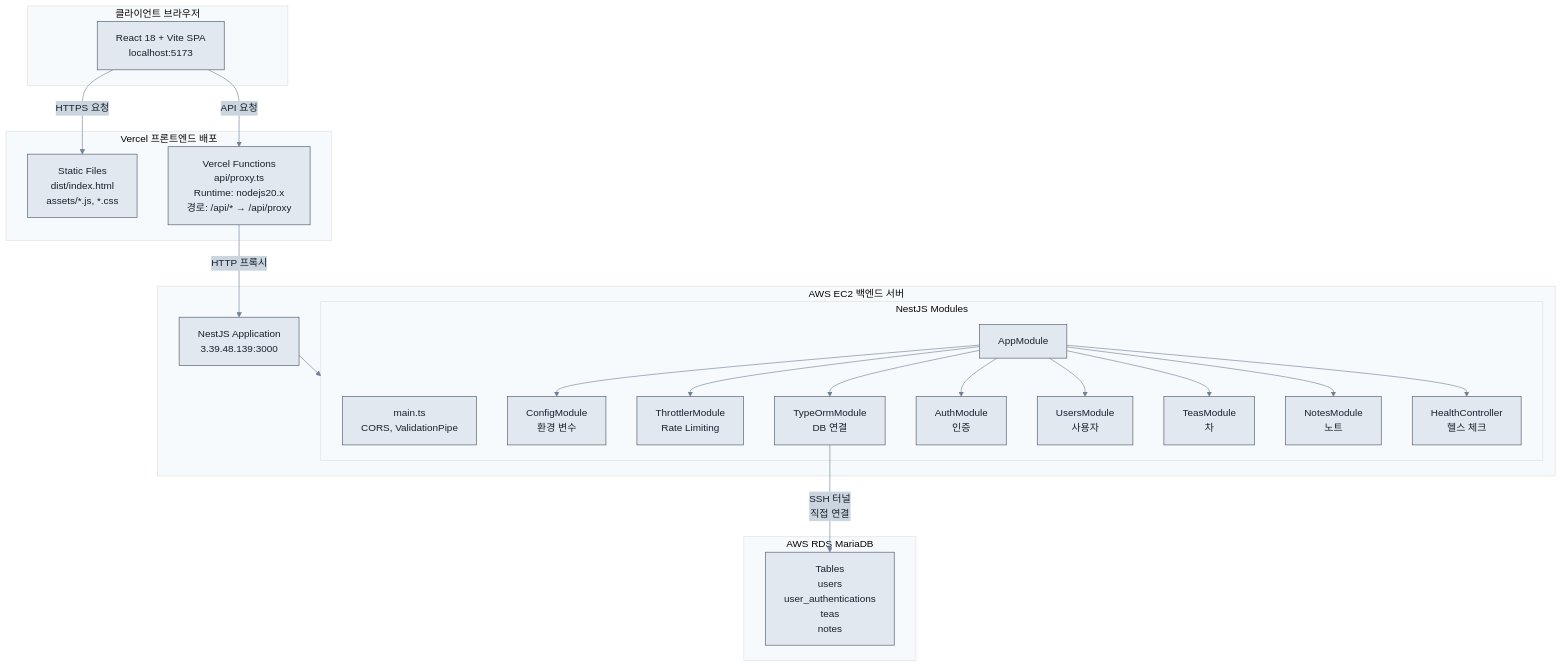
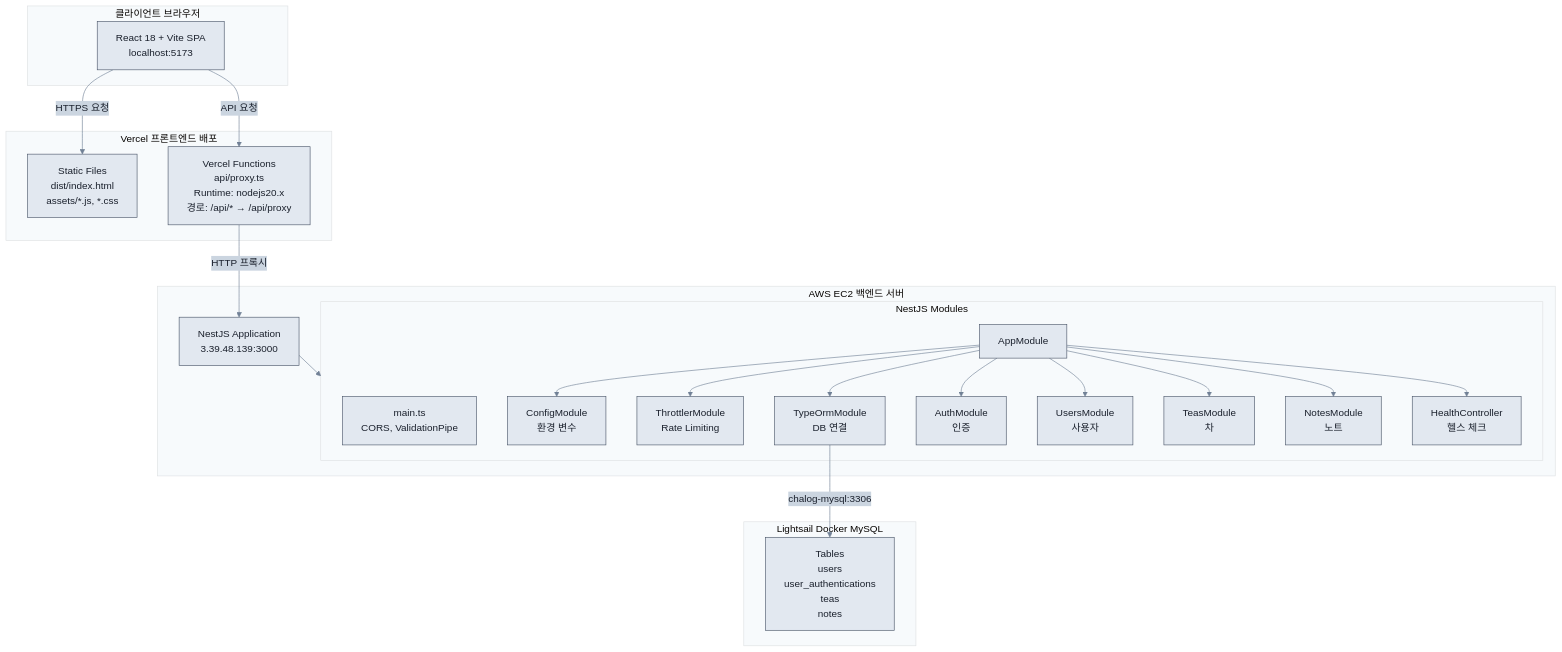
Before and after one commit to FLYLIKEB/ChaLog: the first of 11 diagrams in docs/architecture/SERVER_ARCHITECTURE.md, drawn with Mermaid. The commit also changed other lines of this file and 23 other files, not shown here.

First line of the commit message:
chore: Docker MySQL 로컬 DB 환경 설정 및 인프라 문서 업데이트

````diff
--- a/docs/architecture/SERVER_ARCHITECTURE.md
+++ b/docs/architecture/SERVER_ARCHITECTURE.md
@@ -19,47 +19,47 @@
 ```mermaid
 %%{init: {'theme':'base', 'themeVariables': { 'primaryColor':'#e2e8f0', 'primaryTextColor':'#1a202c', 'primaryBorderColor':'#4a5568', 'lineColor':'#718096', 'secondaryColor':'#cbd5e0', 'tertiaryColor':'#f7fafc', 'noteBkgColor':'#fff', 'noteTextColor':'#1a202c', 'noteBorderColor':'#4a5568'}}}%%
 flowchart TB
     subgraph Client["클라이언트 브라우저"]
         Browser["React 18 + Vite SPA<br/>localhost:5173"]
     end
 
     subgraph Vercel["Vercel 프론트엔드 배포"]
         StaticFiles["Static Files<br/>dist/index.html<br/>assets/*.js, *.css"]
         Proxy["Vercel Functions<br/>api/proxy.ts<br/>Runtime: nodejs20.x<br/>경로: /api/* → /api/proxy"]
     end
 
     subgraph Backend["AWS EC2 백엔드 서버"]
         NestJS["NestJS Application<br/>3.39.48.139:3000"]
         
         subgraph NestJSModules["NestJS Modules"]
             Main["main.ts<br/>CORS, ValidationPipe"]
             AppModule["AppModule"]
             ConfigModule["ConfigModule<br/>환경 변수"]
             ThrottlerModule["ThrottlerModule<br/>Rate Limiting"]
             TypeOrmModule["TypeOrmModule<br/>DB 연결"]
             AuthModule["AuthModule<br/>인증"]
             UsersModule["UsersModule<br/>사용자"]
             TeasModule["TeasModule<br/>차"]
             NotesModule["NotesModule<br/>노트"]
             HealthController["HealthController<br/>헬스 체크"]
         end
     end
 
-    subgraph Database["AWS RDS MariaDB"]
+    subgraph Database["Lightsail Docker MySQL"]
         Tables["Tables<br/>users<br/>user_authentications<br/>teas<br/>notes"]
     end
 
     Browser -->|HTTPS 요청| StaticFiles
     Browser -->|API 요청| Proxy
     Proxy -->|HTTP 프록시| NestJS
     NestJS --> NestJSModules
     AppModule --> ConfigModule
     AppModule --> ThrottlerModule
     AppModule --> TypeOrmModule
     AppModule --> AuthModule
     AppModule --> UsersModule
     AppModule --> TeasModule
     AppModule --> NotesModule
     AppModule --> HealthController
-    TypeOrmModule -->|SSH 터널<br/>직접 연결| Tables
+    TypeOrmModule -->|chalog-mysql:3306| Tables
 ```
````
